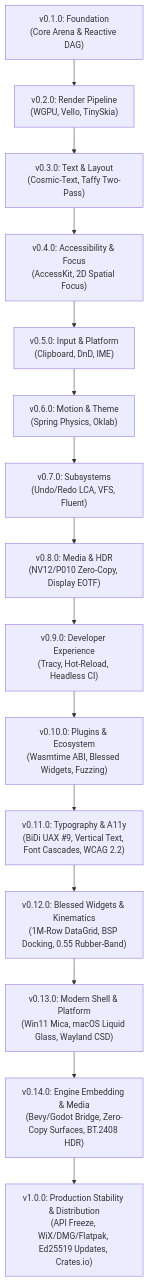
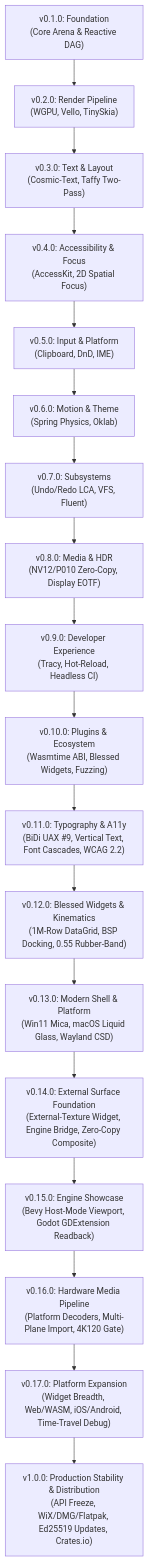
The diagram in docs/milestones/INDEX.md (jxoesneon/martensite), drawn with Mermaid before and after one commit. The commit also changed other lines of this file and 33 other files, not shown here.

Commit message:
feat(v0.14.0): external surface foundation — engine bridge, external paint primitive, segmented wgpu compositing, ExternalEngine widget

````diff
--- a/docs/milestones/INDEX.md
+++ b/docs/milestones/INDEX.md
@@ -9,17 +9,20 @@
 ```mermaid
 graph TD
     M1["v0.1.0: Foundation<br/>(Core Arena & Reactive DAG)"] --> M2["v0.2.0: Render Pipeline<br/>(WGPU, Vello, TinySkia)"]
     M2 --> M3["v0.3.0: Text & Layout<br/>(Cosmic-Text, Taffy Two-Pass)"]
     M3 --> M4["v0.4.0: Accessibility & Focus<br/>(AccessKit, 2D Spatial Focus)"]
     M4 --> M5["v0.5.0: Input & Platform<br/>(Clipboard, DnD, IME)"]
     M5 --> M6["v0.6.0: Motion & Theme<br/>(Spring Physics, Oklab)"]
     M6 --> M7["v0.7.0: Subsystems<br/>(Undo/Redo LCA, VFS, Fluent)"]
     M7 --> M8["v0.8.0: Media & HDR<br/>(NV12/P010 Zero-Copy, Display EOTF)"]
     M8 --> M9["v0.9.0: Developer Experience<br/>(Tracy, Hot-Reload, Headless CI)"]
     M9 --> M10["v0.10.0: Plugins & Ecosystem<br/>(Wasmtime ABI, Blessed Widgets, Fuzzing)"]
     M10 --> M11["v0.11.0: Typography & A11y<br/>(BiDi UAX #9, Vertical Text, Font Cascades, WCAG 2.2)"]
     M11 --> M12["v0.12.0: Blessed Widgets & Kinematics<br/>(1M-Row DataGrid, BSP Docking, 0.55 Rubber-Band)"]
     M12 --> M13["v0.13.0: Modern Shell & Platform<br/>(Win11 Mica, macOS Liquid Glass, Wayland CSD)"]
-    M13 --> M14["v0.14.0: Engine Embedding & Media<br/>(Bevy/Godot Bridge, Zero-Copy Surfaces, BT.2408 HDR)"]
-    M14 --> M15["v1.0.0: Production Stability & Distribution<br/>(API Freeze, WiX/DMG/Flatpak, Ed25519 Updates, Crates.io)"]
+    M13 --> M14["v0.14.0: External Surface Foundation<br/>(External-Texture Widget, Engine Bridge, Zero-Copy Composite)"]
+    M14 --> M15["v0.15.0: Engine Showcase<br/>(Bevy Host-Mode Viewport, Godot GDExtension Readback)"]
+    M15 --> M16["v0.16.0: Hardware Media Pipeline<br/>(Platform Decoders, Multi-Plane Import, 4K120 Gate)"]
+    M16 --> M17["v0.17.0: Platform Expansion<br/>(Widget Breadth, Web/WASM, iOS/Android, Time-Travel Debug)"]
+    M17 --> M18["v1.0.0: Production Stability & Distribution<br/>(API Freeze, WiX/DMG/Flatpak, Ed25519 Updates, Crates.io)"]
 ```
````
